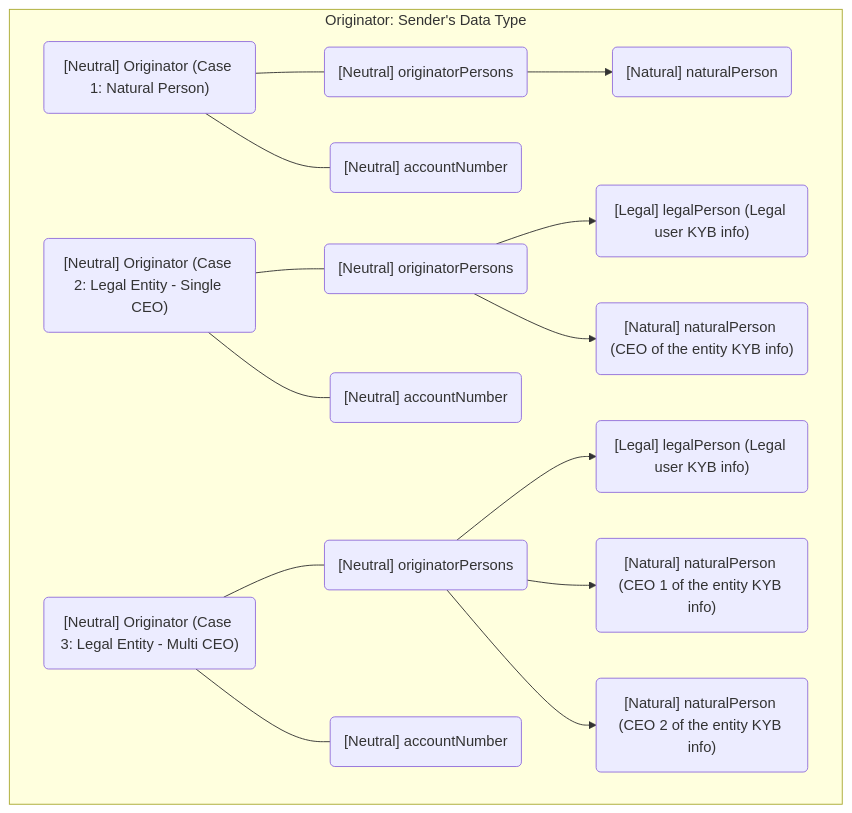
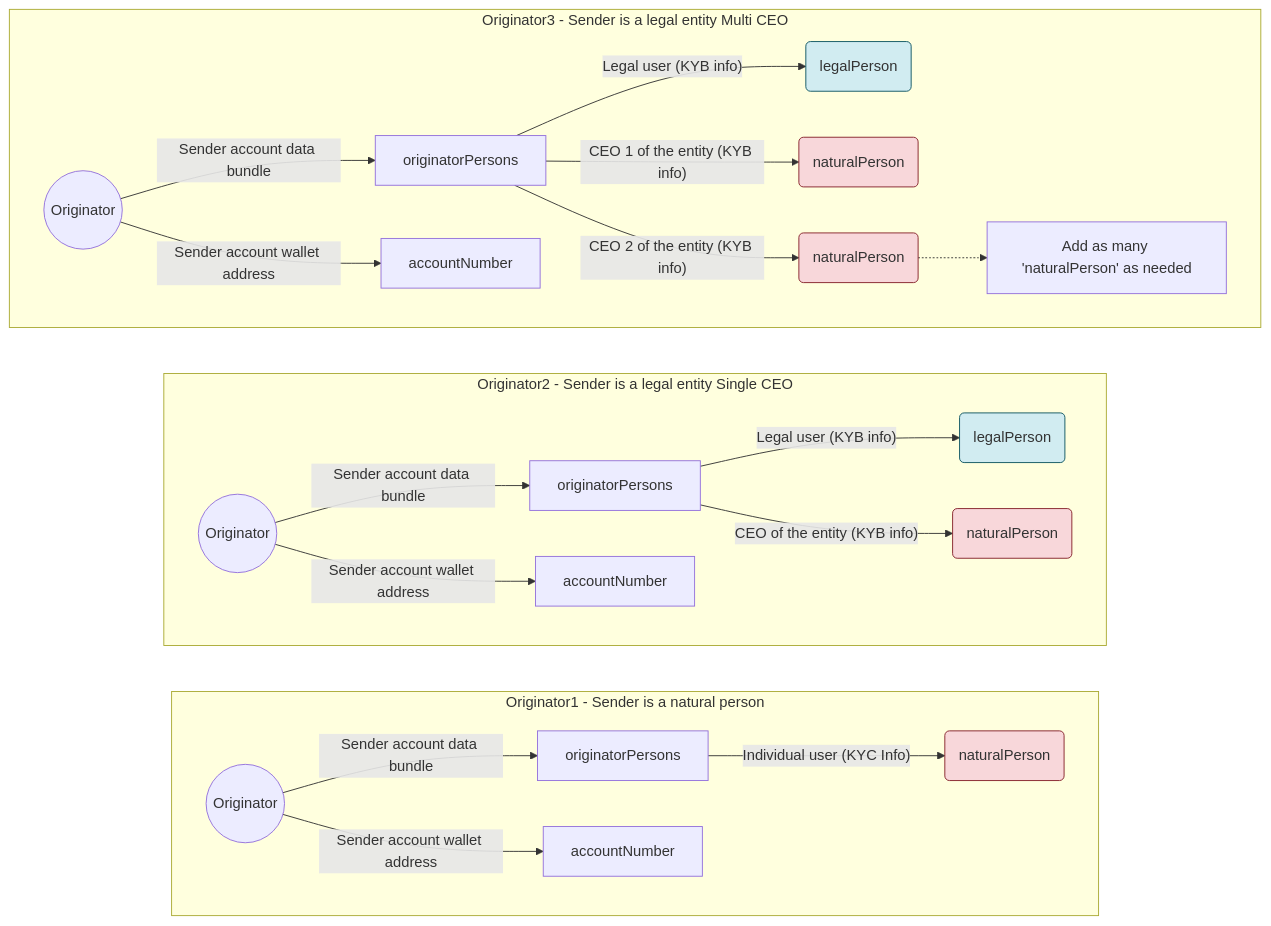
Before and after one commit to codevasp-lab/codevasp-skill: the first of 7 diagrams in skills/codevasp-core/references/guides/3_Corporate_Travel_Rule/02_Comprehensive_Guide.md, drawn with Mermaid. The commit also changed other lines of this file and 15 other files, not shown here.

Commit message:
Normalize quotation styles and improve flowchart formatting across documentation files for consistency.

````diff
--- a/skills/codevasp-core/references/guides/3_Corporate_Travel_Rule/02_Comprehensive_Guide.md
+++ b/skills/codevasp-core/references/guides/3_Corporate_Travel_Rule/02_Comprehensive_Guide.md
@@ -4,40 +4,38 @@
 ```mermaid
-graph TD
-    subgraph Originator_Sender_Data_Type ["Originator: Sender's Data Type"]
-        %% Case 1: Natural Person
-        O1_Root("[Neutral] Originator (Case 1: Natural Person)")
-        O1_Persons("[Neutral] originatorPersons")
-        O1_Acc("[Neutral] accountNumber")
-        O1_Natural("[Natural] naturalPerson")
+graph LR
+%% Scenario 1: Natural Person
+	subgraph Originator1 [Originator1 - Sender is a natural person]
+		direction LR
+		O1((Originator)) -- "Sender account data bundle" --> OP1[originatorPersons]
+		O1 -- "Sender account wallet address" --> AN1[accountNumber]
+		OP1 -- "Individual user (KYC Info)" --> NP1(naturalPerson)
+	end
 
-        O1_Root --- O1_Persons
-        O1_Root --- O1_Acc
-        O1_Persons --> O1_Natural
+%% Scenario 2: Legal Entity (Single CEO)
+	subgraph Originator2 [Originator2 - Sender is a legal entity Single CEO]
+		direction LR
+		O2((Originator)) -- "Sender account data bundle" --> OP2[originatorPersons]
+		O2 -- "Sender account wallet address" --> AN2[accountNumber]
+		OP2 -- "Legal user (KYB info)" --> LP2(legalPerson)
+		OP2 -- "CEO of the entity (KYB info)" --> NP2(naturalPerson)
+	end
 
-        %% Case 2: Legal Entity (Single CEO)
-        O2_Root("[Neutral] Originator (Case 2: Legal Entity - Single CEO)")
-        O2_Persons("[Neutral] originatorPersons")
-        O2_Acc("[Neutral] accountNumber")
-        O2_Legal("[Legal] legalPerson (Legal user KYB info)")
-        O2_Natural("[Natural] naturalPerson (CEO of the entity KYB info)")
+%% Scenario 3: Legal Entity (Multi CEO)
+	subgraph Originator3 [Originator3 - Sender is a legal entity Multi CEO]
+		direction LR
+		O3((Originator)) -- "Sender account data bundle" --> OP3[originatorPersons]
+		O3 -- "Sender account wallet address" --> AN3[accountNumber]
+		OP3 -- "Legal user (KYB info)" --> LP3(legalPerson)
+		OP3 -- "CEO 1 of the entity (KYB info)" --> NP3a(naturalPerson)
+		OP3 -- "CEO 2 of the entity (KYB info)" --> NP3b(naturalPerson)
+		NP3b -.-> Extra["Add as many 'naturalPerson' as needed"]
+	end
 
-        O2_Root --- O2_Persons
-        O2_Root --- O2_Acc
-        O2_Persons --> O2_Legal
-        O2_Persons --> O2_Natural
-
-        %% Case 3: Legal Entity (Multi CEO)
-        O3_Root("[Neutral] Originator (Case 3: Legal Entity - Multi CEO)")
-        O3_Persons("[Neutral] originatorPersons")
-        O3_Acc("[Neutral] accountNumber")
-        O3_Legal("[Legal] legalPerson (Legal user KYB info)")
-        O3_Natural1("[Natural] naturalPerson (CEO 1 of the entity KYB info)")
-        O3_Natural2("[Natural] naturalPerson (CEO 2 of the entity KYB info)")
-
-        O3_Root --- O3_Persons
-        O3_Root --- O3_Acc
-        O3_Persons --> O3_Legal
-        O3_Persons --> O3_Natural1
-        O3_Persons --> O3_Natural2
-    end
+%% Styling to match the original image colors
+	style NP1 fill:#f8d7da,stroke:#842029
+	style NP2 fill:#f8d7da,stroke:#842029
+	style NP3a fill:#f8d7da,stroke:#842029
+	style NP3b fill:#f8d7da,stroke:#842029
+	style LP2 fill:#d1ecf1,stroke:#0c5460
+	style LP3 fill:#d1ecf1,stroke:#0c5460
 ```
````
